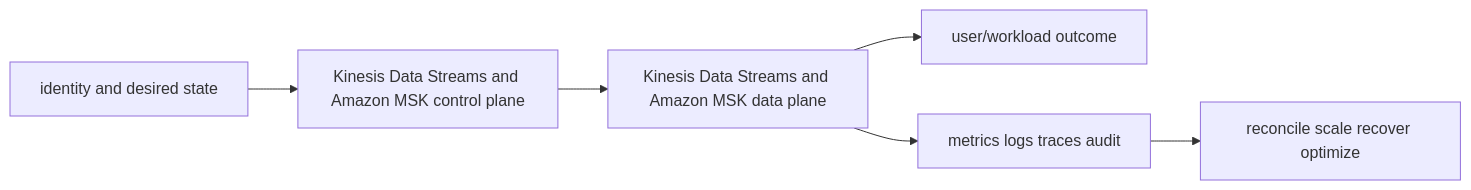
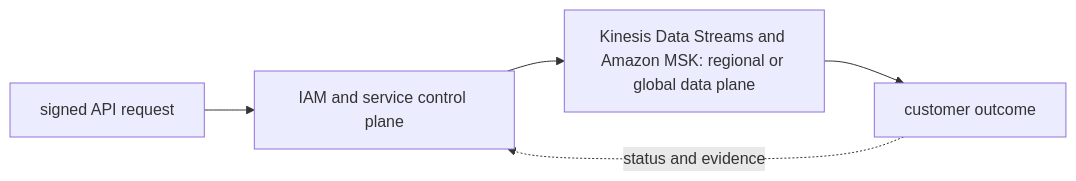
One commit to tomkidumbuyo/DevOps-interview-preparation changed the diagram in 07-aws/08-messaging-serverless/04-kinesis-msk/README.md. Above: the diagram before and after it, drawn with Mermaid. The commit also changed other lines of this file and 753 other files, not shown here.

````diff
--- a/07-aws/08-messaging-serverless/04-kinesis-msk/README.md
+++ b/07-aws/08-messaging-serverless/04-kinesis-msk/README.md
@@ -19,8 +31,7 @@
 ```mermaid
 flowchart LR
-  I[identity and desired state] --> C[Kinesis Data Streams and Amazon MSK control plane]
-  C --> D[Kinesis Data Streams and Amazon MSK data plane]
-  D --> U[user/workload outcome]
-  D --> O[metrics logs traces audit]
-  O --> R[reconcile scale recover optimize]
+  A["signed API request"] --> B["IAM and service control plane"]
+  B --> C["Kinesis Data Streams and Amazon MSK: regional or global data plane"]
+  C --> D["customer outcome"]
+  D -. "status and evidence" .-> B
 ```
````
